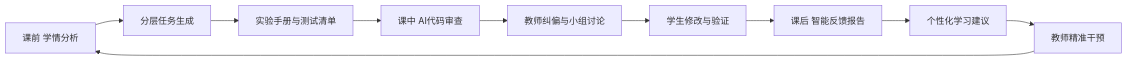
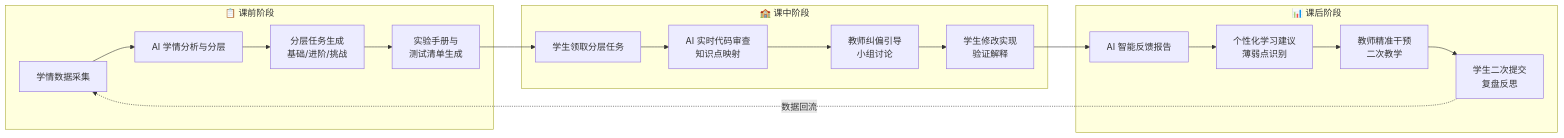
Before and after one commit to GerryFAN0706/coursecompetation: the diagram in site/docs/innovation/index.md, drawn with Mermaid. The commit also changed other lines of this file and 9 other files, not shown here.

````diff
--- a/site/docs/innovation/index.md
+++ b/site/docs/innovation/index.md
@@ -44,12 +154,24 @@
 ```mermaid
 flowchart LR
-  A[课前 学情分析] --> B[分层任务生成]
-  B --> C[实验手册与测试清单]
-  C --> D[课中 AI代码审查]
-  D --> E[教师纠偏与小组讨论]
-  E --> F[学生修改与验证]
-  F --> G[课后 智能反馈报告]
-  G --> H[个性化学习建议]
-  H --> I[教师精准干预]
-  I --> A
+  subgraph PRE["📋 课前阶段"]
+    A[学情数据采集] --> B[AI 学情分析与分层]
+    B --> C[分层任务生成<br/>基础/进阶/挑战]
+    C --> D[实验手册与<br/>测试清单生成]
+  end
+
+  subgraph IN["🏫 课中阶段"]
+    E[学生领取分层任务] --> F[AI 实时代码审查<br/>知识点映射]
+    F --> G[教师纠偏引导<br/>小组讨论]
+    G --> H[学生修改实现<br/>验证解释]
+  end
+
+  subgraph POST["📊 课后阶段"]
+    I[AI 智能反馈报告] --> J[个性化学习建议<br/>薄弱点识别]
+    J --> K[教师精准干预<br/>二次教学]
+    K --> L[学生二次提交<br/>复盘反思]
+  end
+
+  D --> E
+  H --> I
+  L -.->|数据回流| A
 ```
````
